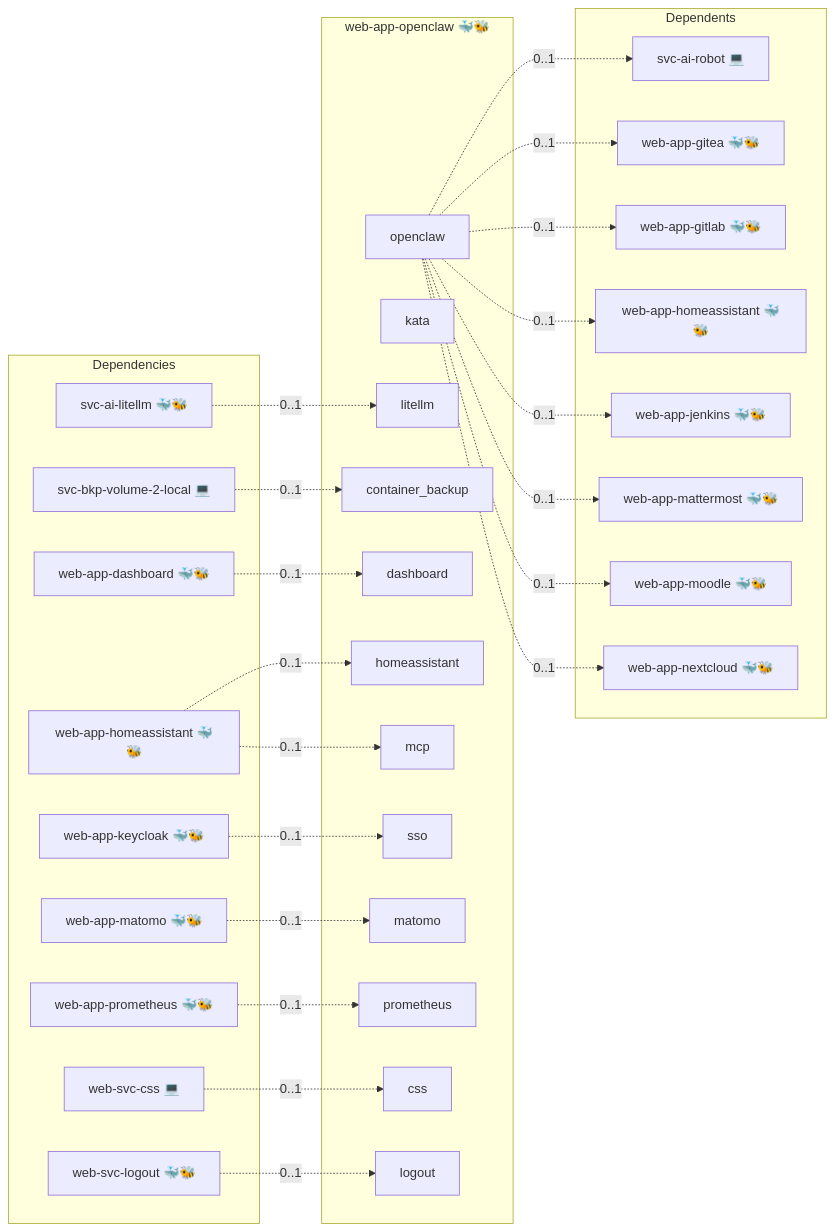
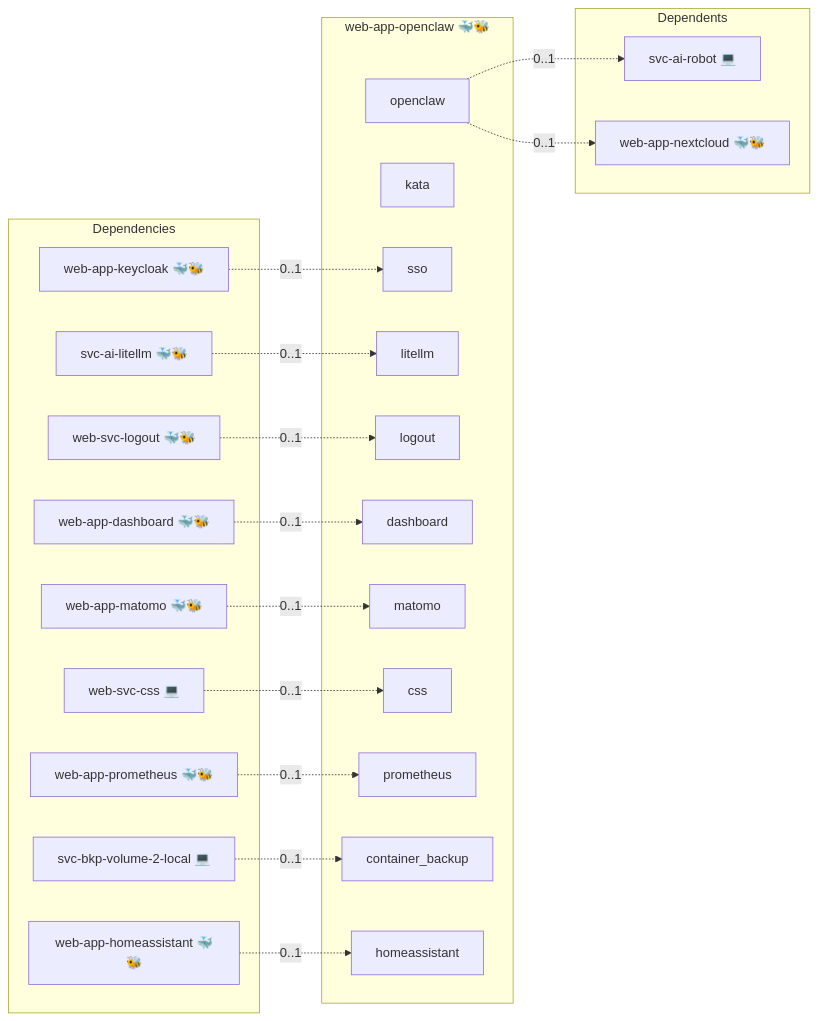
One commit to infinito-nexus/core changed the diagram in roles/web-app-openclaw/README.md. Above: the diagram before and after it, drawn with Mermaid. The commit also changed other lines of this file and 142 other files, not shown here.

````diff
--- a/roles/web-app-openclaw/README.md
+++ b/roles/web-app-openclaw/README.md
@@ -15,56 +15,42 @@
 ```mermaid
 flowchart LR
     subgraph deps [Dependencies]
         dep_svc_ai_litellm["svc-ai-litellm 🐳🐝"]
         dep_svc_bkp_volume_2_local["svc-bkp-volume-2-local 💻"]
         dep_web_app_dashboard["web-app-dashboard 🐳🐝"]
         dep_web_app_homeassistant["web-app-homeassistant 🐳🐝"]
         dep_web_app_keycloak["web-app-keycloak 🐳🐝"]
         dep_web_app_matomo["web-app-matomo 🐳🐝"]
         dep_web_app_prometheus["web-app-prometheus 🐳🐝"]
         dep_web_svc_css["web-svc-css 💻"]
         dep_web_svc_logout["web-svc-logout 🐳🐝"]
     end
     subgraph role [web-app-openclaw 🐳🐝]
         svc_openclaw["openclaw"]
         svc_kata["kata"]
         svc_sso["sso"]
         svc_litellm["litellm"]
-        svc_mcp["mcp"]
         svc_logout["logout"]
         svc_dashboard["dashboard"]
         svc_matomo["matomo"]
         svc_css["css"]
         svc_prometheus["prometheus"]
         svc_container_backup["container_backup"]
         svc_homeassistant["homeassistant"]
     end
     subgraph dependents [Dependents]
         dpt_svc_ai_robot["svc-ai-robot 💻"]
-        dpt_web_app_gitea["web-app-gitea 🐳🐝"]
-        dpt_web_app_gitlab["web-app-gitlab 🐳🐝"]
-        dpt_web_app_homeassistant["web-app-homeassistant 🐳🐝"]
-        dpt_web_app_jenkins["web-app-jenkins 🐳🐝"]
-        dpt_web_app_mattermost["web-app-mattermost 🐳🐝"]
-        dpt_web_app_moodle["web-app-moodle 🐳🐝"]
         dpt_web_app_nextcloud["web-app-nextcloud 🐳🐝"]
     end
     dep_svc_ai_litellm -. "0..1" .-> svc_litellm
     dep_svc_bkp_volume_2_local -. "0..1" .-> svc_container_backup
     dep_web_app_dashboard -. "0..1" .-> svc_dashboard
     dep_web_app_homeassistant -. "0..1" .-> svc_homeassistant
-    dep_web_app_homeassistant -. "0..1" .-> svc_mcp
     dep_web_app_keycloak -. "0..1" .-> svc_sso
     dep_web_app_matomo -. "0..1" .-> svc_matomo
     dep_web_app_prometheus -. "0..1" .-> svc_prometheus
     dep_web_svc_css -. "0..1" .-> svc_css
     dep_web_svc_logout -. "0..1" .-> svc_logout
     svc_openclaw -. "0..1" .-> dpt_svc_ai_robot
-    svc_openclaw -. "0..1" .-> dpt_web_app_gitea
-    svc_openclaw -. "0..1" .-> dpt_web_app_gitlab
-    svc_openclaw -. "0..1" .-> dpt_web_app_homeassistant
-    svc_openclaw -. "0..1" .-> dpt_web_app_jenkins
-    svc_openclaw -. "0..1" .-> dpt_web_app_mattermost
-    svc_openclaw -. "0..1" .-> dpt_web_app_moodle
     svc_openclaw -. "0..1" .-> dpt_web_app_nextcloud
 ```
````
